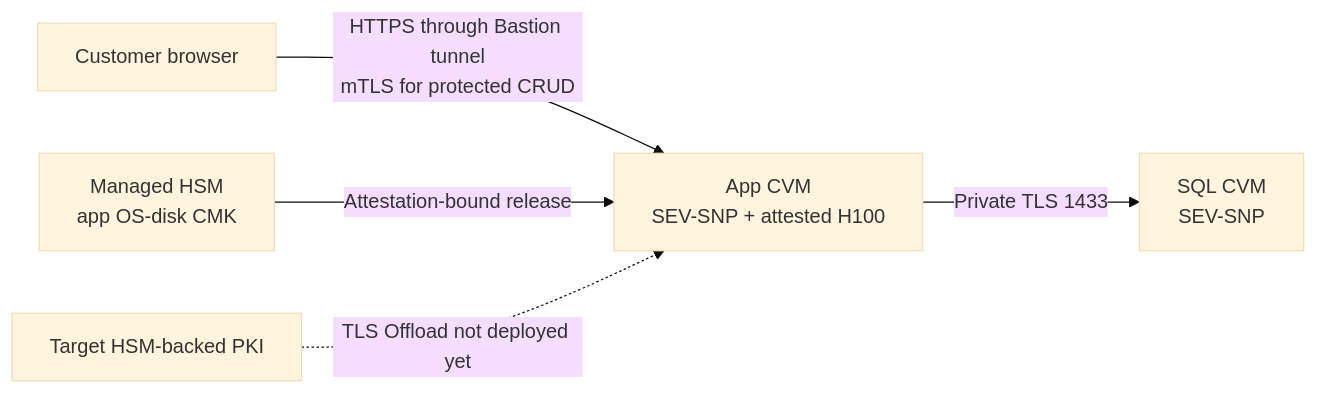
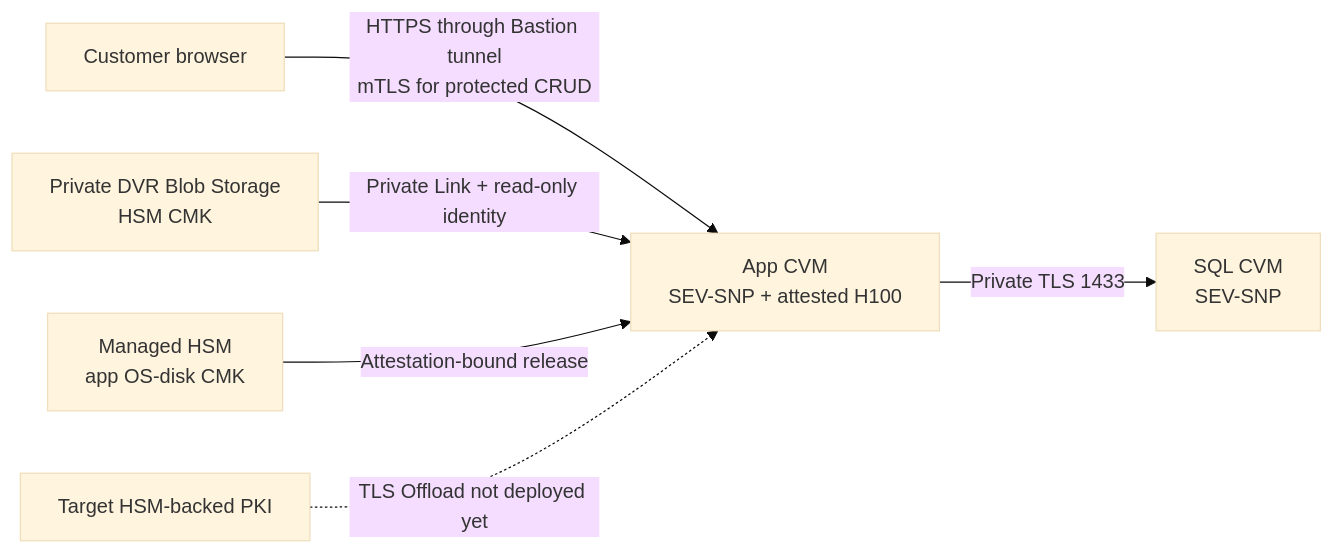
Before and after one commit to vinfnet/confidential-computing: the sixth of 9 diagrams in sov-examples/citizen-registry-advanced/README.md, drawn with Mermaid (base theme). The commit also changed other lines of this file and 3 other files, not shown here.

Commit message:
docs: document private DVR storage architecture

````diff
--- a/sov-examples/citizen-registry-advanced/README.md
+++ b/sov-examples/citizen-registry-advanced/README.md
@@ -596,7 +626,8 @@
 ```mermaid
 flowchart LR
     User2[Customer browser] -->|HTTPS through Bastion tunnel<br/>mTLS for protected CRUD| App2[App CVM<br/>SEV-SNP + attested H100]
     App2 -->|Private TLS 1433| Db2[SQL CVM<br/>SEV-SNP]
+    Dvr2[Private DVR Blob Storage<br/>HSM CMK] -->|Private Link + read-only identity| App2
     Hsm2[Managed HSM<br/>app OS-disk CMK] -->|Attestation-bound release| App2
     Pki2[Target HSM-backed PKI] -.->|TLS Offload not deployed yet| App2
 ```
````
